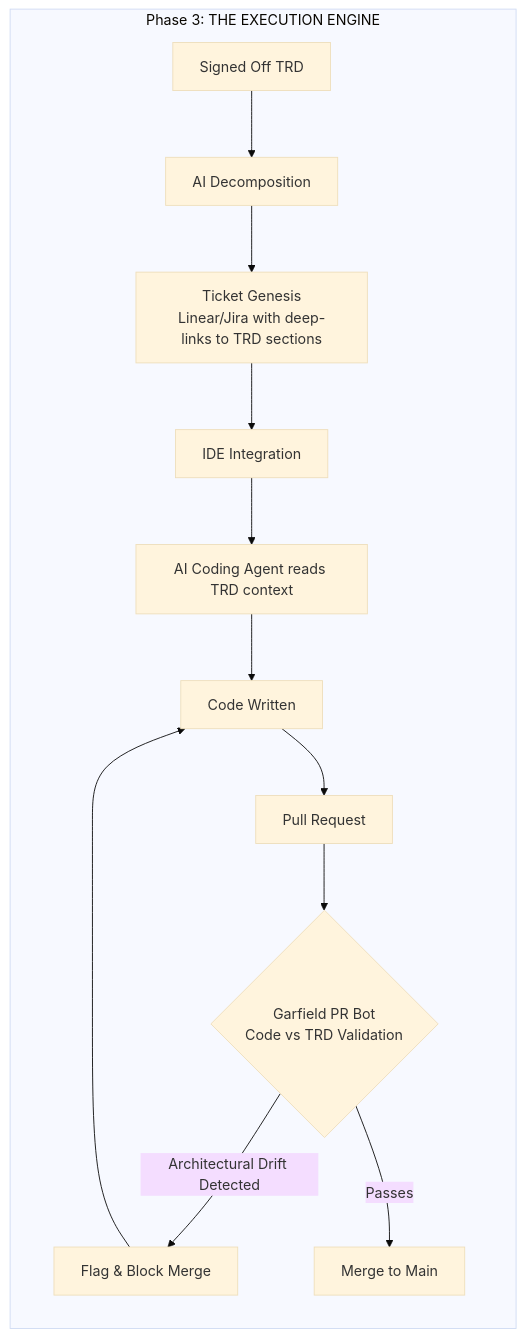
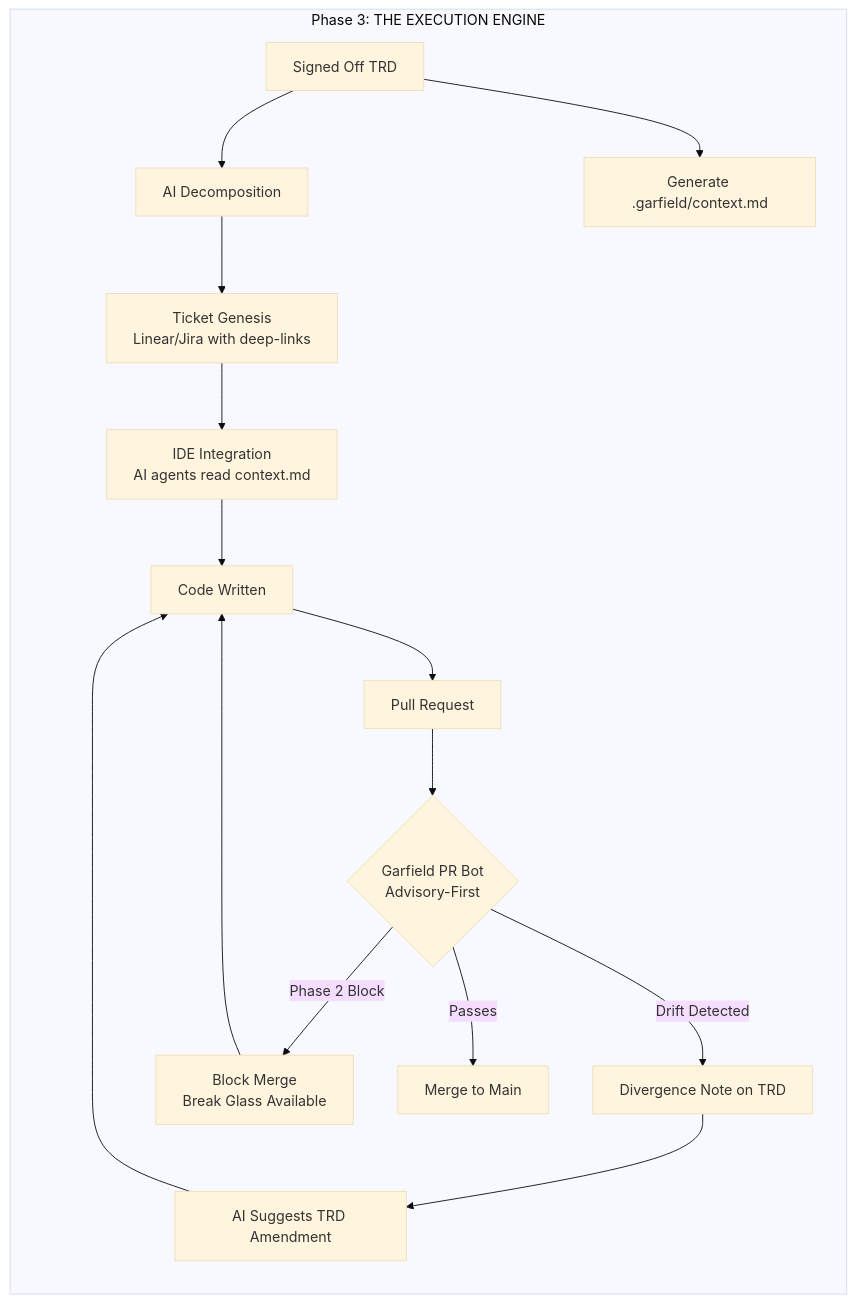
The fourth of 9 diagrams in docs/architecture.md (ckmonish2000/Garfield), drawn with Mermaid (base theme) before and after one commit. The commit also changed other lines of this file and 1 other file, not shown here.

Commit message:
feat: update the architecture to make it more robust and detailed

````diff
--- a/docs/architecture.md
+++ b/docs/architecture.md
@@ -149,16 +238,19 @@
 ```mermaid
 graph TD
     subgraph EXEC["Phase 3: THE EXECUTION ENGINE"]
         direction TB
         ST[Signed Off TRD] --> AD[AI Decomposition]
-        AD --> TG[Ticket Genesis<br/>Linear/Jira with deep-links to TRD sections]
-        TG --> IDE[IDE Integration]
-        IDE --> AC[AI Coding Agent reads TRD context]
-        AC --> Code[Code Written]
+        ST --> CTX[Generate .garfield/context.md]
+        AD --> TG[Ticket Genesis<br/>Linear/Jira with deep-links]
+        TG --> IDE[IDE Integration<br/>AI agents read context.md]
+        IDE --> Code[Code Written]
         Code --> PRB[Pull Request]
-        PRB --> GB{Garfield PR Bot<br/>Code vs TRD Validation}
-        GB -->|Architectural Drift Detected| FLG[Flag & Block Merge]
-        FLG --> Code
+        PRB --> GB{Garfield PR Bot<br/>Advisory-First}
+        GB -->|Drift Detected| DIV[Divergence Note on TRD]
+        DIV --> AMEND[AI Suggests TRD Amendment]
+        AMEND --> Code
+        GB -->|Phase 2 Block| BLK[Block Merge<br/>Break Glass Available]
+        BLK --> Code
         GB -->|Passes| MG[Merge to Main]
     end
 ```
````
